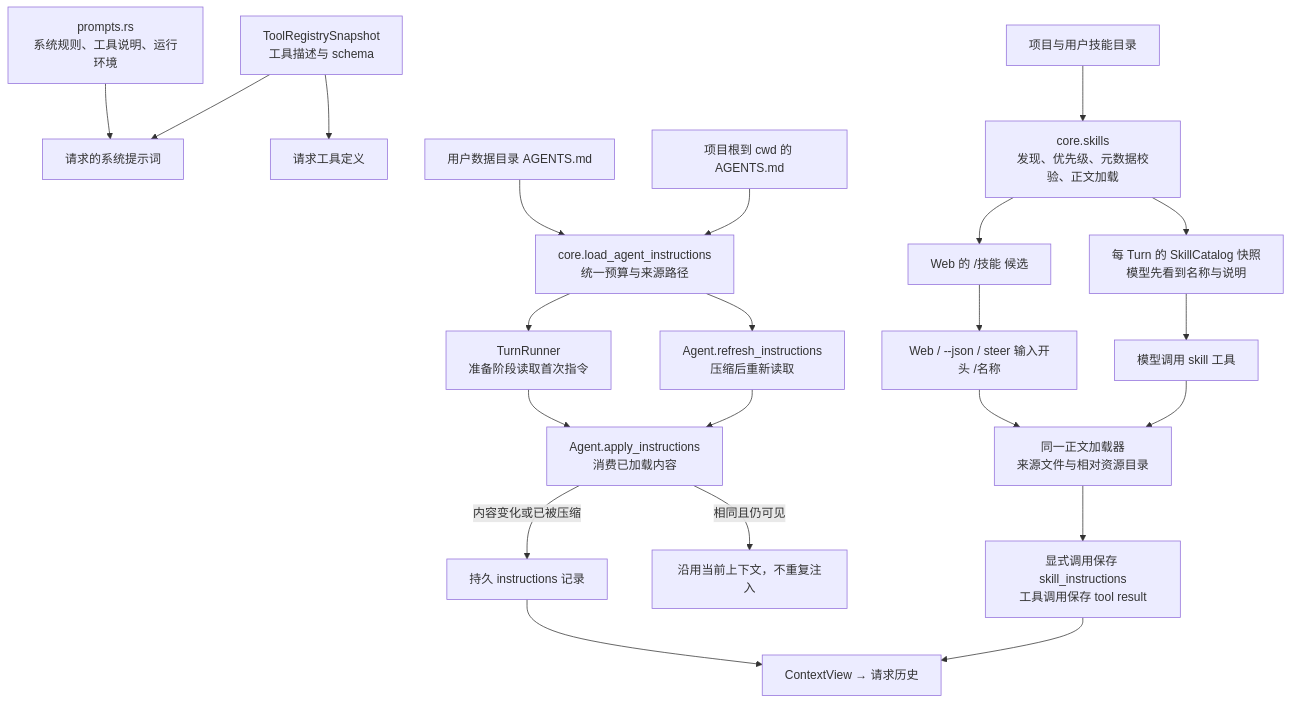
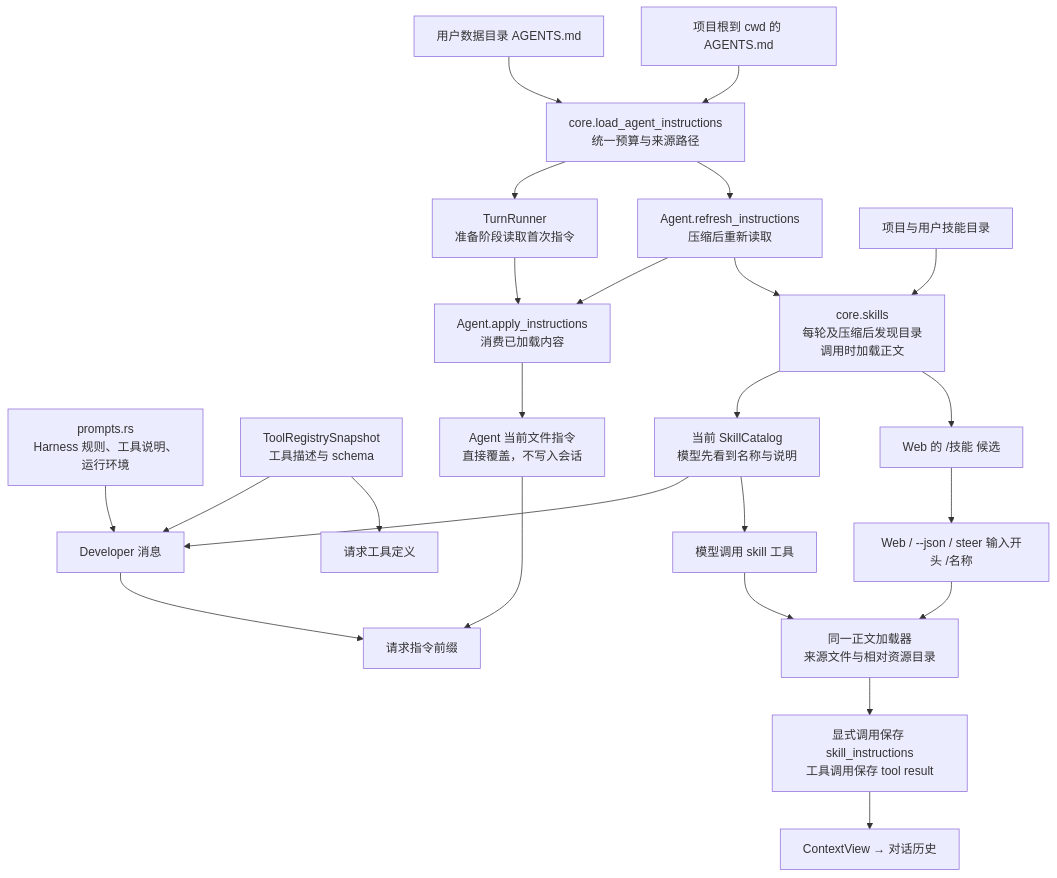
Before and after one commit to qjcnmd/singularity-agent: diagram 21 of 29 in docs/architecture.md, drawn with Mermaid. The commit also changed other lines of this file and 16 other files, not shown here.

````diff
--- a/docs/architecture.md
+++ b/docs/architecture.md
@@ -581,24 +581,26 @@
 ```mermaid
 flowchart TB
-    Prompt["prompts.rs<br/>系统规则、工具说明、运行环境"] --> System["请求的系统提示词"]
-    Registry["ToolRegistrySnapshot<br/>工具描述与 schema"] --> System
+    Prompt["prompts.rs<br/>Harness 规则、工具说明、运行环境"] --> Developer["Developer 消息"]
+    Registry["ToolRegistrySnapshot<br/>工具描述与 schema"] --> Developer
     Registry --> Schemas["请求工具定义"]
     UserAgents["用户数据目录 AGENTS.md"] --> Loader["core.load_agent_instructions<br/>统一预算与来源路径"]
     ProjectAgents["项目根到 cwd 的 AGENTS.md"] --> Loader
     Loader --> Prepared["TurnRunner<br/>准备阶段读取首次指令"]
     Prepared --> Refresh["Agent.apply_instructions<br/>消费已加载内容"]
     Loader --> Reload["Agent.refresh_instructions<br/>压缩后重新读取"]
     Reload --> Refresh
-    Refresh -->|"内容变化或已被压缩"| Instructions["持久 instructions 记录"]
-    Refresh -->|"相同且仍可见"| Keep["沿用当前上下文，不重复注入"]
-    SkillDirs["项目与用户技能目录"] --> Skills["core.skills<br/>发现、优先级、元数据校验、正文加载"]
-    Skills --> Catalog["每 Turn 的 SkillCatalog 快照<br/>模型先看到名称与说明"]
+    Refresh --> Current["Agent 当前文件指令<br/>直接覆盖，不写入会话"]
+    SkillDirs["项目与用户技能目录"] --> Skills["core.skills<br/>每轮及压缩后发现目录<br/>调用时加载正文"]
+    Reload --> Skills
+    Skills --> Catalog["当前 SkillCatalog<br/>模型先看到名称与说明"]
+    Catalog --> Developer
     Catalog --> ModelSkill["模型调用 skill 工具"]
     Skills --> Candidates["Web 的 /技能 候选"]
     Candidates --> Manual["Web / --json / steer 输入开头 /名称"]
     Manual --> Load["同一正文加载器<br/>来源文件与相对资源目录"]
     ModelSkill --> Load
     Load --> SkillEntry["显式调用保存 skill_instructions<br/>工具调用保存 tool result"]
-    Instructions --> Context["ContextView → 请求历史"]
-    SkillEntry --> Context
+    Current --> Prefix["请求指令前缀"]
+    Developer --> Prefix
+    SkillEntry --> Context["ContextView → 对话历史"]
 ```
````
